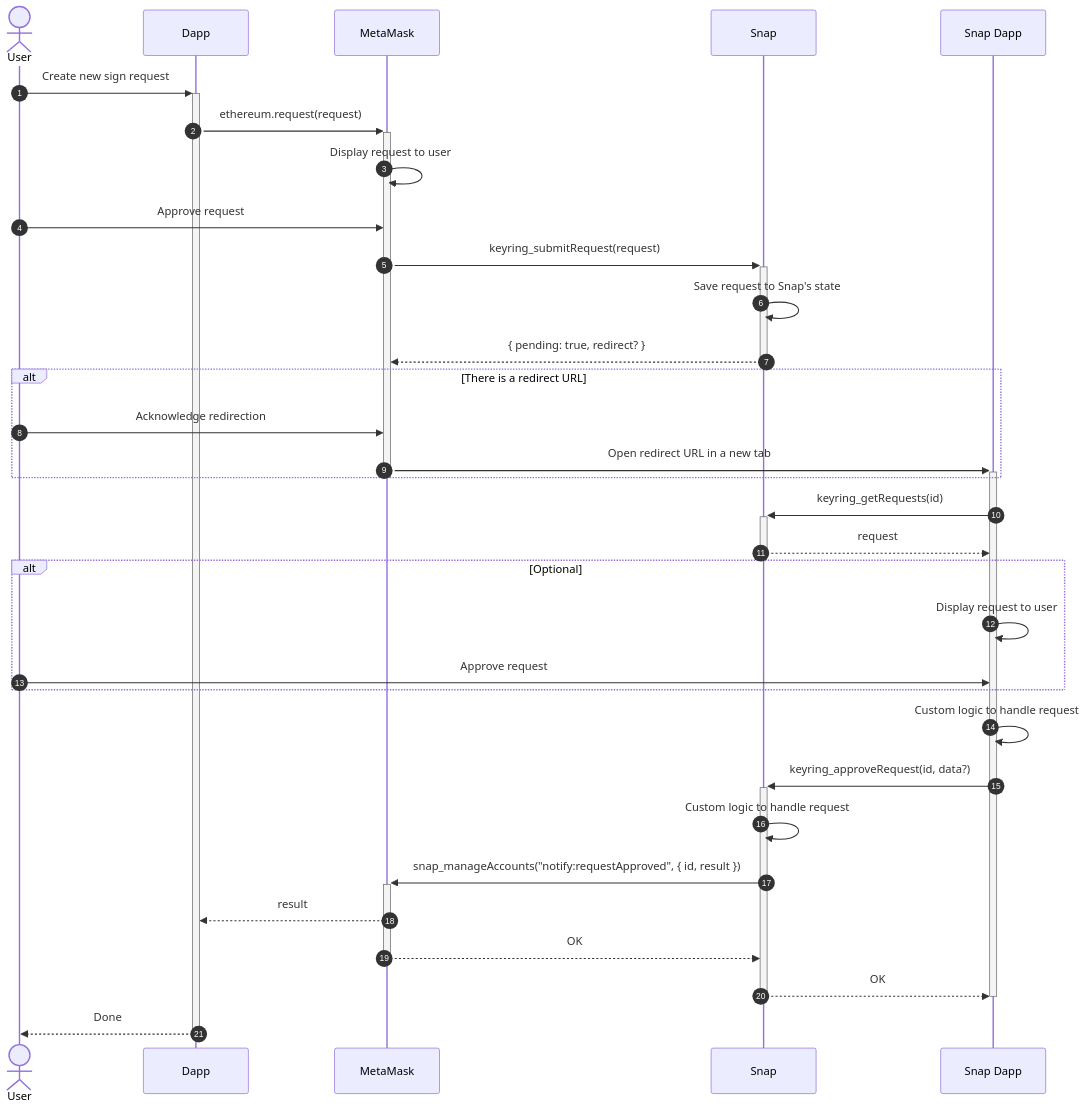
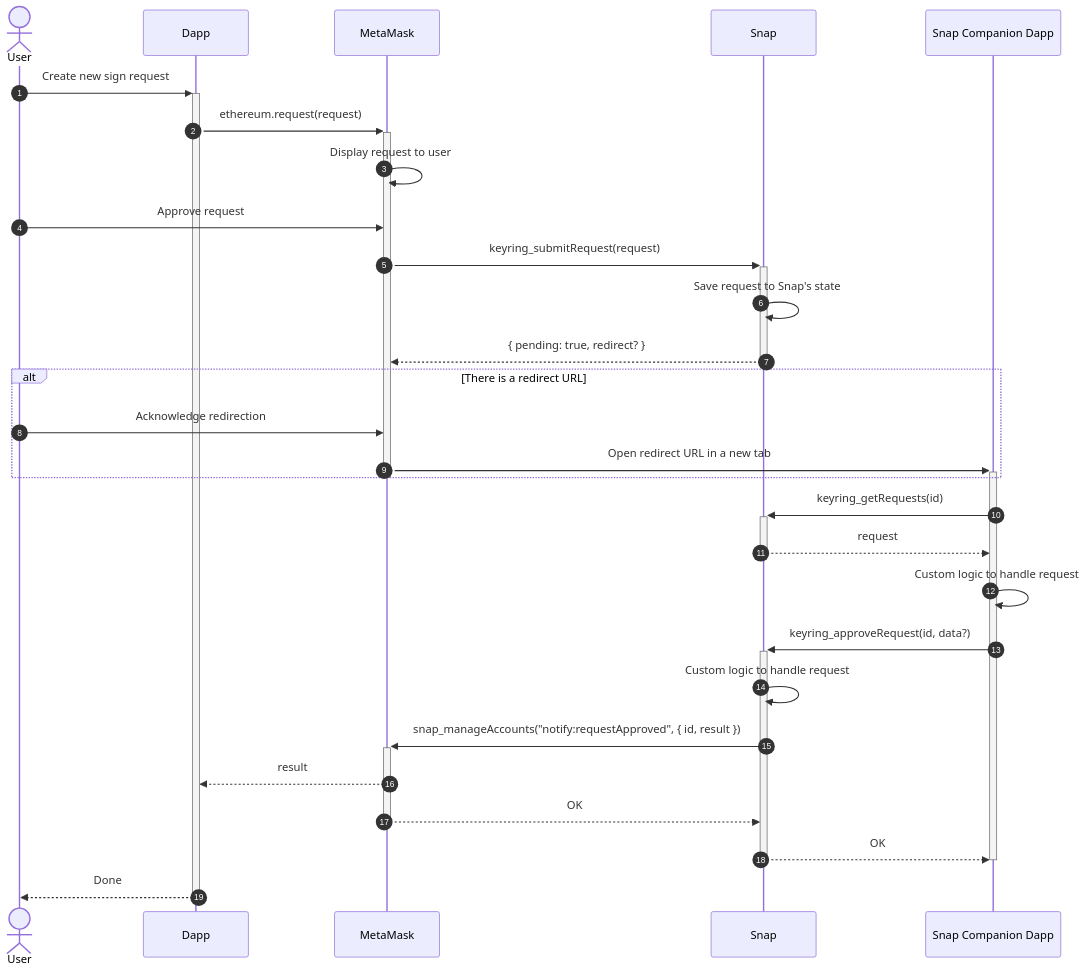
One commit to MetaMask/keyring-api changed the fifth of 6 diagrams in docs/architecture.md. Above: the diagram before and after it, drawn with Mermaid. The commit also changed other lines of this file and 2 other files, not shown here.

First line of the commit message:
docs: add components diagram and minor changes (#179)

````diff
--- a/docs/architecture.md
+++ b/docs/architecture.md
@@ -101,44 +152,39 @@
-  ```mermaid
-  sequenceDiagram
-  autonumber
+```mermaid
+sequenceDiagram
+autonumber
 
-  actor User
-  participant Dapp
-  participant MetaMask
-  participant Snap
-  participant Site as Snap Dapp
+actor User
+participant Dapp
+participant MetaMask
+participant Snap
+participant Site as Snap Companion Dapp
 
-  User ->>+ Dapp: Create new sign request
-  Dapp ->>+ MetaMask: ethereum.request(request)
-  MetaMask ->> MetaMask: Display request to user
-  User ->> MetaMask: Approve request
+User ->>+ Dapp: Create new sign request
+Dapp ->>+ MetaMask: ethereum.request(request)
+MetaMask ->> MetaMask: Display request to user
+User ->> MetaMask: Approve request
 
-  MetaMask ->>+ Snap: keyring_submitRequest(request)
-  Snap ->> Snap: Save request to Snap's state
-  Snap -->>- MetaMask: { pending: true, redirect? }
-  alt There is a redirect URL
-    User ->> MetaMask: Acknowledge redirection
-    MetaMask ->>+ Site: Open redirect URL in a new tab
-  end
-  deactivate MetaMask
+MetaMask ->>+ Snap: keyring_submitRequest(request)
+Snap ->> Snap: Save request to Snap's state
+Snap -->>- MetaMask: { pending: true, redirect? }
+alt There is a redirect URL
+  User ->> MetaMask: Acknowledge redirection
+  MetaMask ->>+ Site: Open redirect URL in a new tab
+end
+deactivate MetaMask
 
-  Site ->>+ Snap: keyring_getRequests(id)
-  Snap -->>- Site: request
+Site ->>+ Snap: keyring_getRequests(id)
+Snap -->>- Site: request
 
-  alt Optional
-    Site ->> Site: Display request to user
-    User ->> Site: Approve request
-  end
+Site ->> Site: Custom logic to handle request
+Site ->>+ Snap: keyring_approveRequest(id, data?)
+Snap ->> Snap: Custom logic to handle request
+Snap ->>+ MetaMask: snap_manageAccounts("notify:requestApproved", { id, result })
 
-  Site ->> Site: Custom logic to handle request
-  Site ->>+ Snap: keyring_approveRequest(id, data?)
-  Snap ->> Snap: Custom logic to handle request
-  Snap ->>+ MetaMask: snap_manageAccounts("notify:requestApproved", { id, result })
+MetaMask -->> Dapp: result
+MetaMask -->>- Snap: OK
+Snap -->>- Site: OK
+deactivate Site
 
-  MetaMask -->> Dapp: result
-  MetaMask -->>- Snap: OK
-  Snap -->>- Site: OK
-  deactivate Site
-
-  Dapp -->>- User: Done
-  ```
+Dapp -->>- User: Done
+```
````
